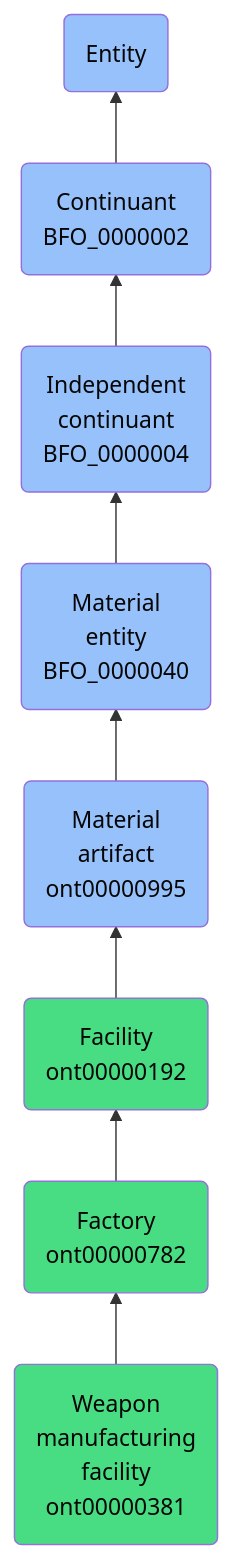
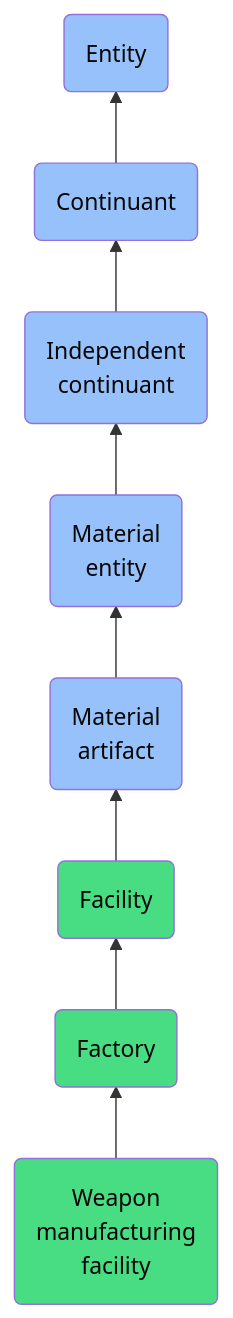
Before and after one commit to jupyter-naas/abi: the diagram in docs/ontology/reference/model/Entity/Continuant/Independent continuant/Material entity/Material artifact/Facility/Factory/Weapon manufacturing facility/Weapon manufacturing facility.md, drawn with Mermaid. The commit also changed other lines of this file and 1430 other files, not shown here.

````diff
--- a/docs/ontology/reference/model/Entity/Continuant/Independent continuant/Material entity/Material artifact/Facility/Factory/Weapon manufacturing facility/Weapon manufacturing facility.md
+++ b/docs/ontology/reference/model/Entity/Continuant/Independent continuant/Material entity/Material artifact/Facility/Factory/Weapon manufacturing facility/Weapon manufacturing facility.md
@@ -24,15 +24,15 @@
 ```mermaid
 graph BT
-    ont00000381(Weapon<br>manufacturing<br>facility<br>ont00000381):::ABI-->ont00000782
-    ont00000782(Factory<br>ont00000782):::ABI-->ont00000192
-    ont00000192(Facility<br>ont00000192):::ABI-->ont00000995
-    ont00000995(Material<br>artifact<br>ont00000995):::BFO-->BFO_0000040
-    BFO_0000040(Material<br>entity<br>BFO_0000040):::BFO-->BFO_0000004
-    BFO_0000004(Independent<br>continuant<br>BFO_0000004):::BFO-->BFO_0000002
-    BFO_0000002(Continuant<br>BFO_0000002):::BFO-->BFO_0000001
+    ont00000381(Weapon<br>manufacturing<br>facility):::ABI-->ont00000782
+    ont00000782(Factory):::ABI-->ont00000192
+    ont00000192(Facility):::ABI-->ont00000995
+    ont00000995(Material<br>artifact):::BFO-->BFO_0000040
+    BFO_0000040(Material<br>entity):::BFO-->BFO_0000004
+    BFO_0000004(Independent<br>continuant):::BFO-->BFO_0000002
+    BFO_0000002(Continuant):::BFO-->BFO_0000001
     BFO_0000001(Entity):::BFO
     
     classDef BFO fill:#97c1fb,color:#060606
     classDef CCO fill:#e4c51e,color:#060606
     classDef ABI fill:#48DD82,color:#060606
 ```
````
